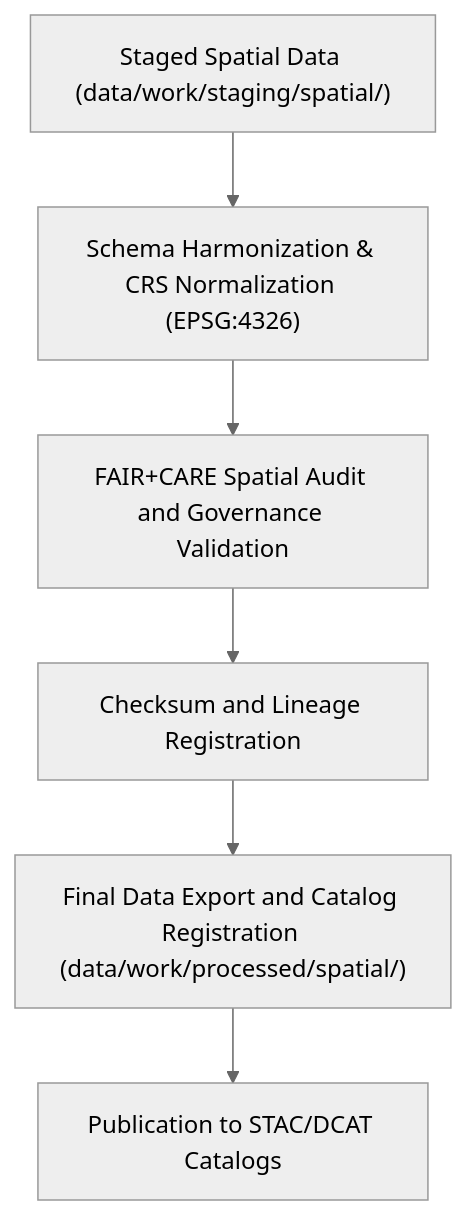
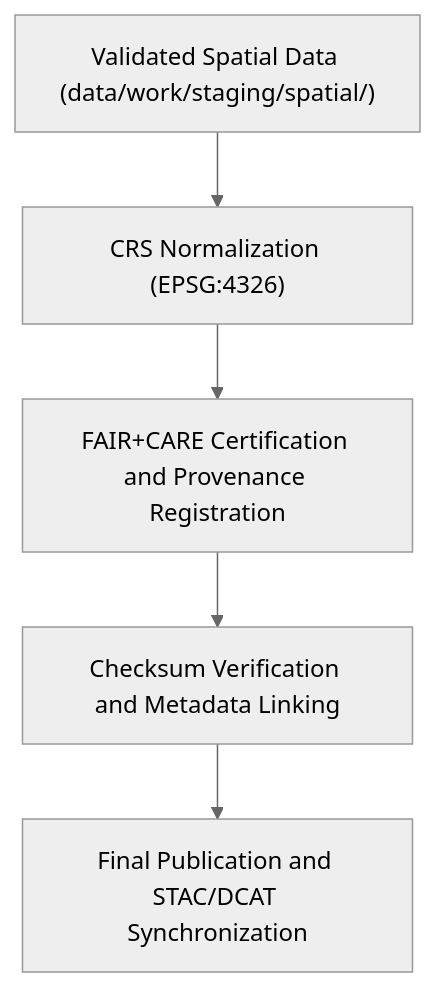
Before and after one commit to bartytime4life/Kansas-Frontier-Matrix: the diagram in data/work/processed/spatial/README.md, drawn with Mermaid (neutral theme). The commit also changed other lines of this file, not shown here.

````diff
--- a/data/work/processed/spatial/README.md
+++ b/data/work/processed/spatial/README.md
@@ -68,8 +64,7 @@
 ```mermaid
 flowchart TD
-    A["Staged Spatial Data (data/work/staging/spatial/)"] --> B["Schema Harmonization & CRS Normalization (EPSG:4326)"]
-    B --> C["FAIR+CARE Spatial Audit and Governance Validation"]
-    C --> D["Checksum and Lineage Registration"]
-    D --> E["Final Data Export and Catalog Registration (data/work/processed/spatial/)"]
-    E --> F["Publication to STAC/DCAT Catalogs"]
+    A["Validated Spatial Data (data/work/staging/spatial/)"] --> B["CRS Normalization (EPSG:4326)"]
+    B --> C["FAIR+CARE Certification and Provenance Registration"]
+    C --> D["Checksum Verification and Metadata Linking"]
+    D --> E["Final Publication and STAC/DCAT Synchronization"]
 ```
````
